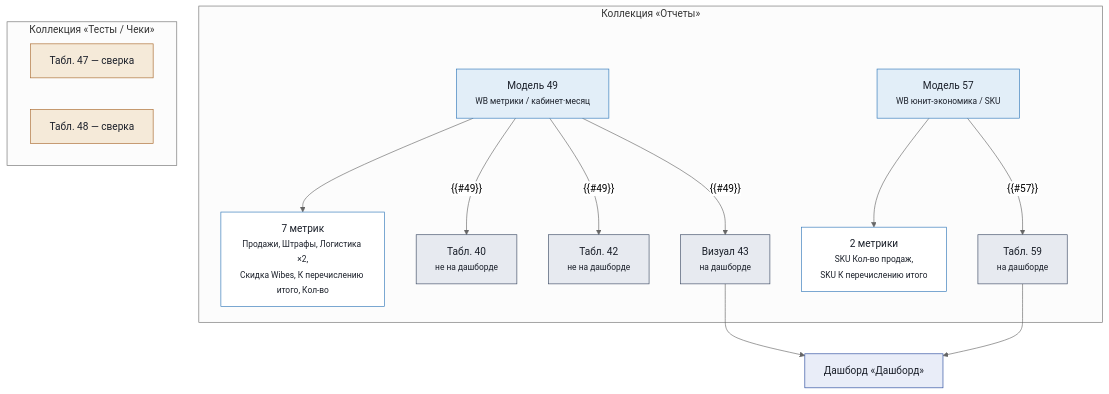
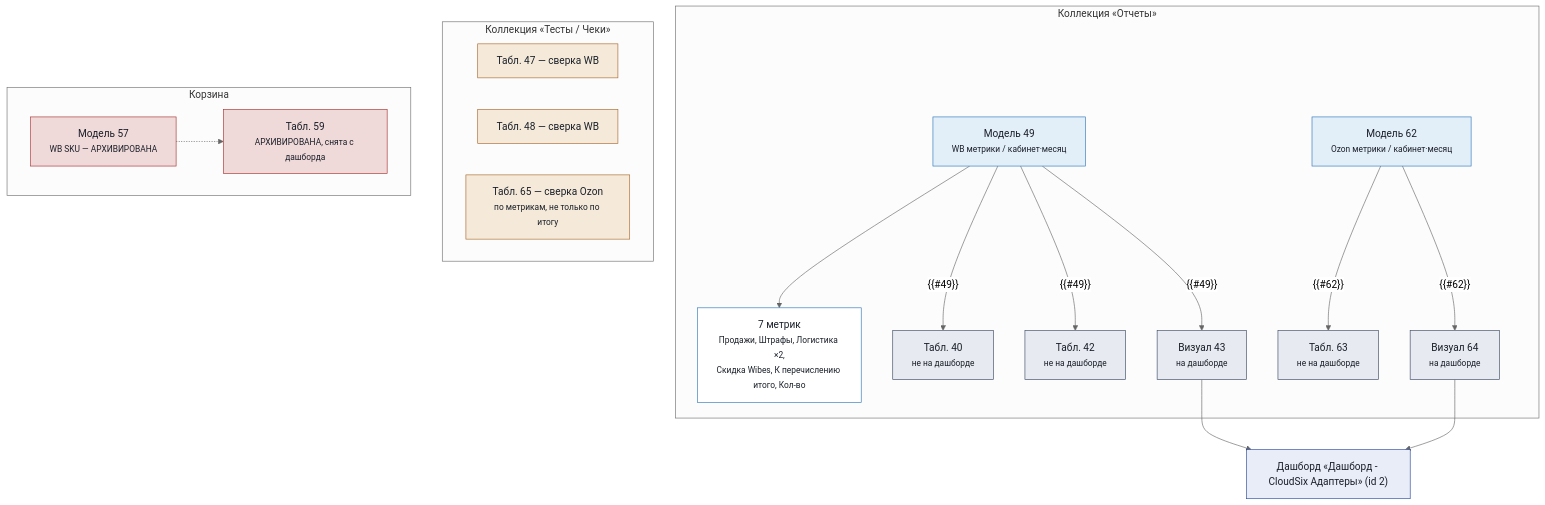
The fourth of 4 diagrams in docs/architecture-map.md (IGfinance/bf-analytics-platform), drawn with Mermaid (neutral theme) before and after one commit. The commit also changed other lines of this file and 3 other files, not shown here.

````diff
--- a/docs/architecture-map.md
+++ b/docs/architecture-map.md
@@ -152,43 +176,53 @@
 ```mermaid
 flowchart TD
     subgraph REPORTS["Коллекция «Отчеты»"]
         M49["Модель 49<br/><small>WB метрики / кабинет·месяц</small>"]
         MET49["7 метрик<br/><small>Продажи, Штрафы, Логистика ×2,<br/>Скидка Wibes, К перечислению итого, Кол-во</small>"]
         T40["Табл. 40<br/><small>не на дашборде</small>"]
         T42["Табл. 42<br/><small>не на дашборде</small>"]
         V43["Визуал 43<br/><small>на дашборде</small>"]
 
-        M57["Модель 57<br/><small>WB юнит-экономика / SKU</small>"]
-        MET57["2 метрики<br/><small>SKU Кол-во продаж,<br/>SKU К перечислению итого</small>"]
-        T59["Табл. 59<br/><small>на дашборде</small>"]
+        M62["Модель 62<br/><small>Ozon метрики / кабинет·месяц</small>"]
+        T63["Табл. 63<br/><small>не на дашборде</small>"]
+        V64["Визуал 64<br/><small>на дашборде</small>"]
     end
 
     subgraph TESTS["Коллекция «Тесты / Чеки»"]
-        T47["Табл. 47 — сверка"]
-        T48["Табл. 48 — сверка"]
+        T47["Табл. 47 — сверка WB"]
+        T48["Табл. 48 — сверка WB"]
+        T65["Табл. 65 — сверка Ozon<br/><small>по метрикам, не только по итогу</small>"]
     end
 
-    DASH["Дашборд «Дашборд»"]
+    subgraph TRASH["Корзина"]
+        M57["Модель 57<br/><small>WB SKU — АРХИВИРОВАНА</small>"]
+        T59["Табл. 59<br/><small>АРХИВИРОВАНА, снята с дашборда</small>"]
+    end
+
+    DASH["Дашборд «Дашборд - CloudSix Адаптеры» (id 2)"]
 
     M49 --> MET49
     M49 -- "{{#49}}" --> T40
     M49 -- "{{#49}}" --> T42
     M49 -- "{{#49}}" --> V43
-    M57 --> MET57
-    M57 -- "{{#57}}" --> T59
+    M62 -- "{{#62}}" --> T63
+    M62 -- "{{#62}}" --> V64
+    M57 -.-> T59
 
     V43 --> DASH
-    T59 --> DASH
+    V64 --> DASH
 
     style M49 fill:#e2eef8,stroke:#2e76b8,color:#1a1f29
-    style M57 fill:#e2eef8,stroke:#2e76b8,color:#1a1f29
+    style M62 fill:#e2eef8,stroke:#2e76b8,color:#1a1f29
     style MET49 fill:#ffffff,stroke:#2e76b8,color:#1a1f29
-    style MET57 fill:#ffffff,stroke:#2e76b8,color:#1a1f29
     style T40 fill:#e7eaf0,stroke:#3b4a63,color:#1a1f29
     style T42 fill:#e7eaf0,stroke:#3b4a63,color:#1a1f29
     style V43 fill:#e7eaf0,stroke:#3b4a63,color:#1a1f29
-    style T59 fill:#e7eaf0,stroke:#3b4a63,color:#1a1f29
+    style T63 fill:#e7eaf0,stroke:#3b4a63,color:#1a1f29
+    style V64 fill:#e7eaf0,stroke:#3b4a63,color:#1a1f29
     style T47 fill:#f5ead9,stroke:#a8672b,color:#1a1f29
     style T48 fill:#f5ead9,stroke:#a8672b,color:#1a1f29
+    style T65 fill:#f5ead9,stroke:#a8672b,color:#1a1f29
+    style M57 fill:#f0d9d9,stroke:#a83232,color:#1a1f29
+    style T59 fill:#f0d9d9,stroke:#a83232,color:#1a1f29
     style DASH fill:#e9edf8,stroke:#26489c,color:#1a1f29
 ```
````
